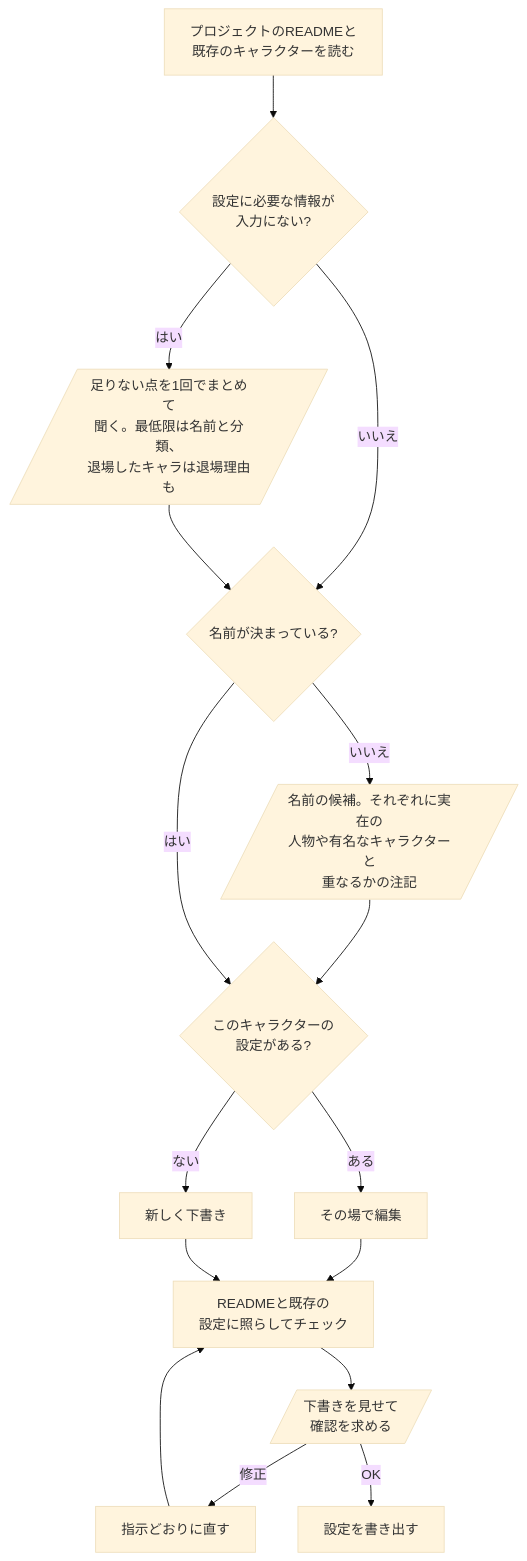
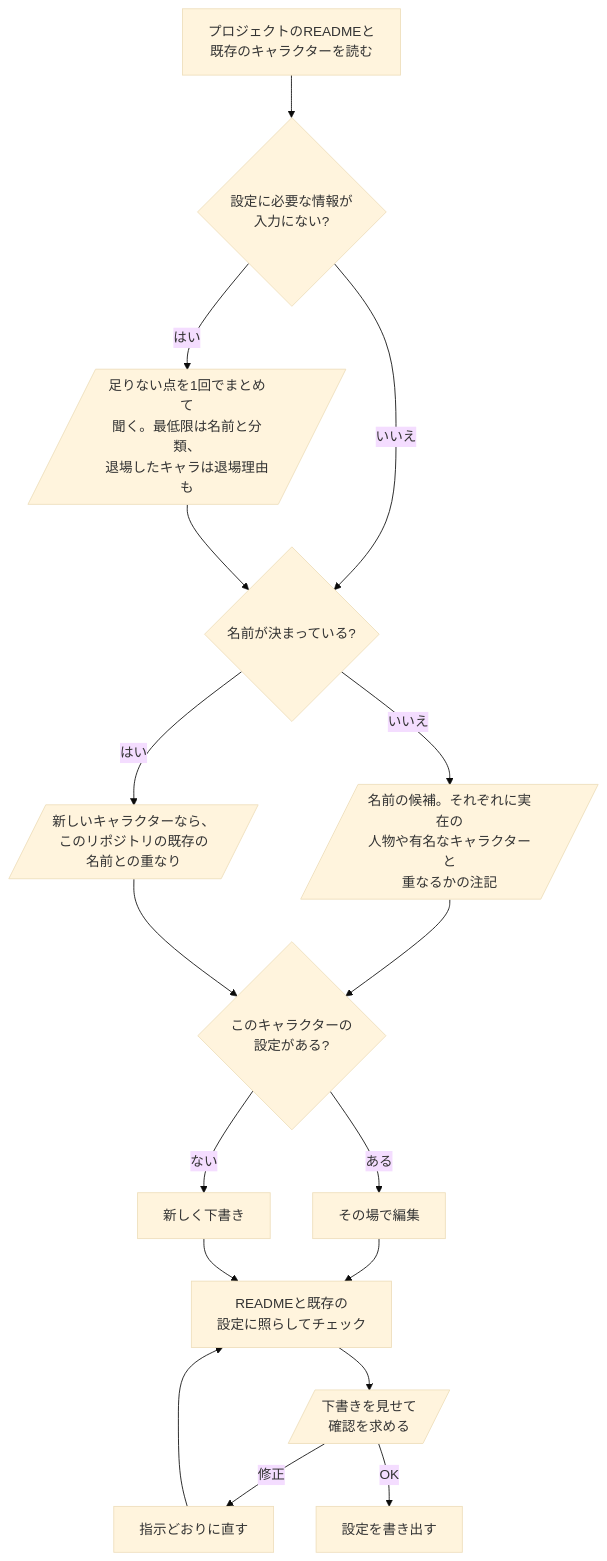
One commit to omni-stove/skill-kit changed the diagram in shared/skills/character/README.ja.md. Above: the diagram before and after it, drawn with Mermaid (base theme). The commit also changed 5 other files, not shown here.

````diff
--- a/shared/skills/character/README.ja.md
+++ b/shared/skills/character/README.ja.md
@@ -7,19 +7,20 @@
 ```mermaid
 flowchart TD
   read[プロジェクトのREADMEと<br/>既存のキャラクターを読む]
   read --> missing{設定に必要な情報が<br/>入力にない?}
   missing -- "はい" --> ask[/"足りない点を1回でまとめて<br/>聞く。最低限は名前と分類、<br/>退場したキャラは退場理由も"/]
   missing -- "いいえ" --> named
   ask --> named{名前が決まっている?}
   named -- "いいえ" --> names[/"名前の候補。それぞれに実在の<br/>人物や有名なキャラクターと<br/>重なるかの注記"/]
   names --> exists
-  named -- "はい" --> exists{このキャラクターの<br/>設定がある?}
+  named -- "はい" --> clash[/"新しいキャラクターなら、<br/>このリポジトリの既存の<br/>名前との重なり"/]
+  clash --> exists{このキャラクターの<br/>設定がある?}
   exists -- "ある" --> edit[その場で編集]
   exists -- "ない" --> draft[新しく下書き]
   edit --> check[READMEと既存の<br/>設定に照らしてチェック]
   draft --> check
   check --> confirm[/下書きを見せて<br/>確認を求める/]
   confirm -- "修正" --> revise[指示どおりに直す]
   revise --> check
   confirm -- "OK" --> save[設定を書き出す]
 ```
````
